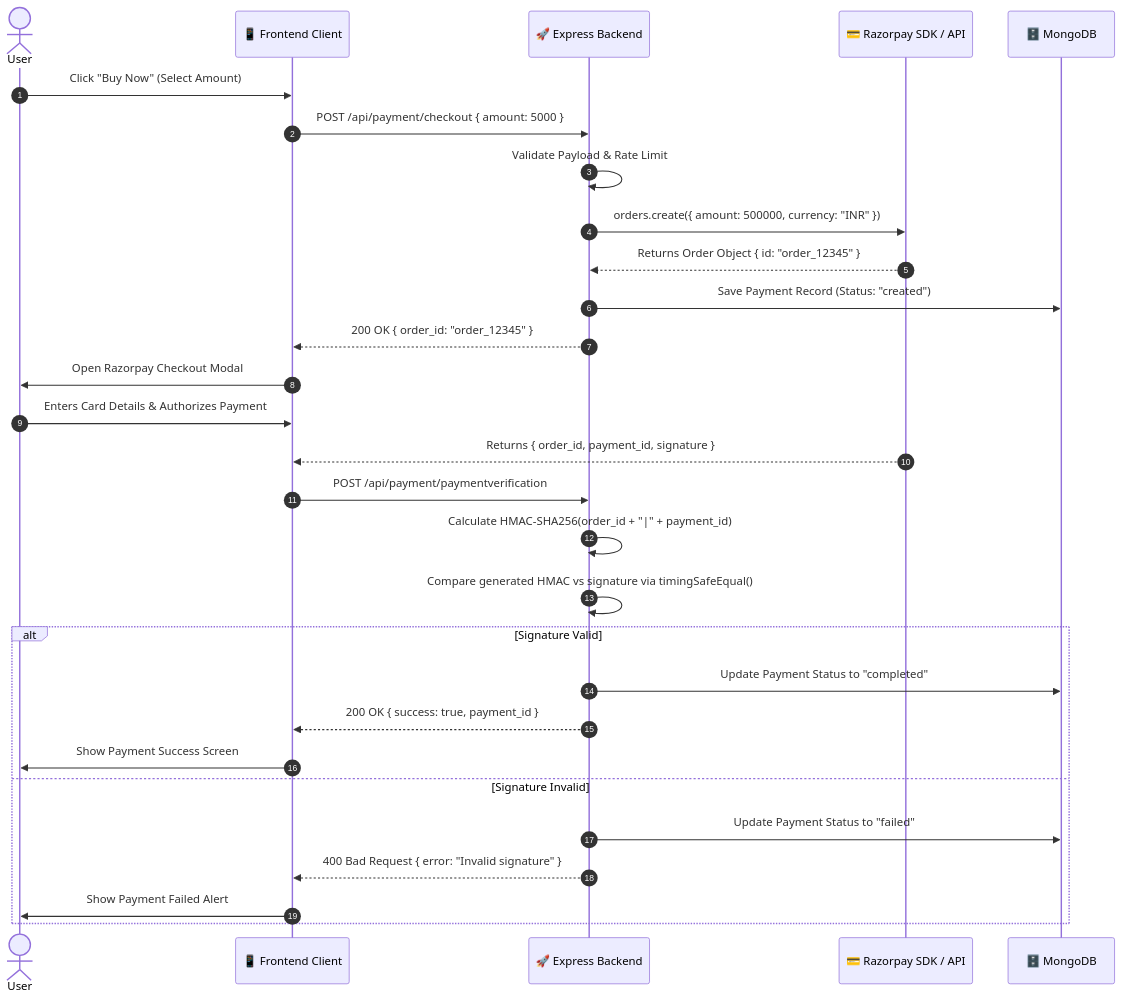
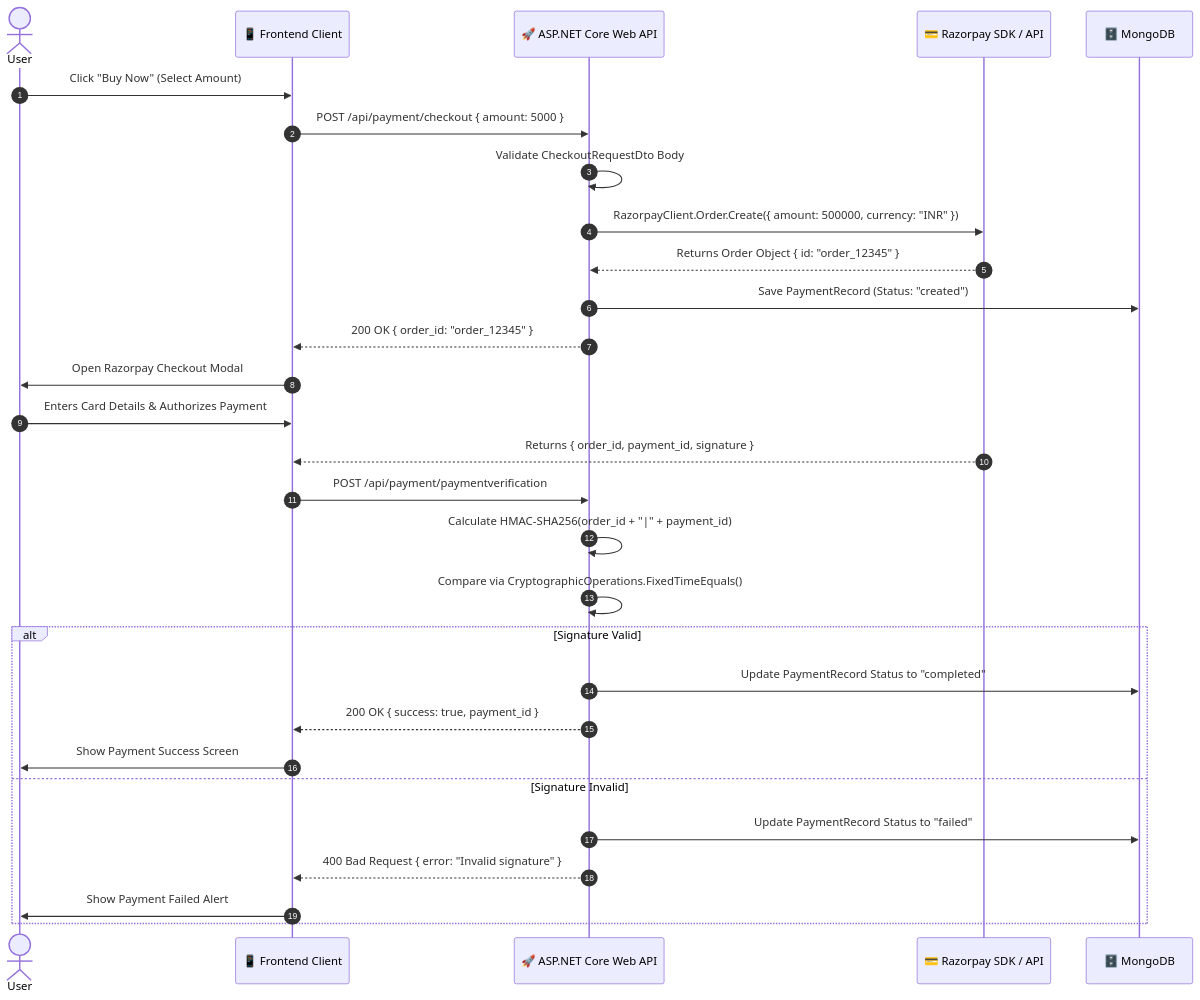
The second of 2 diagrams in README.md (DevSars24/payment-gateway), drawn with Mermaid before and after one commit. The commit also changed other lines of this file and 76 other files, not shown here.

Commit message:
feat(aspnetcore): add enterprise ASP.NET Core 8 Web API clean architecture backend with Razorpay SDK, MongoDB, Swagger and timing-safe crypto

````diff
--- a/README.md
+++ b/README.md
@@ -61,35 +54,35 @@
 ```mermaid
 sequenceDiagram
     autonumber
     actor User
     participant App as 📱 Frontend Client
-    participant API as 🚀 Express Backend
+    participant API as 🚀 ASP.NET Core Web API
     participant RzpSDK as 💳 Razorpay SDK / API
     participant DB as 🗄️ MongoDB
 
     User->>App: Click "Buy Now" (Select Amount)
     App->>API: POST /api/payment/checkout { amount: 5000 }
-    API->>API: Validate Payload & Rate Limit
-    API->>RzpSDK: orders.create({ amount: 500000, currency: "INR" })
+    API->>API: Validate CheckoutRequestDto Body
+    API->>RzpSDK: RazorpayClient.Order.Create({ amount: 500000, currency: "INR" })
     RzpSDK-->>API: Returns Order Object { id: "order_12345" }
-    API->>DB: Save Payment Record (Status: "created")
+    API->>DB: Save PaymentRecord (Status: "created")
     API-->>App: 200 OK { order_id: "order_12345" }
 
     App->>User: Open Razorpay Checkout Modal
     User->>App: Enters Card Details & Authorizes Payment
     RzpSDK-->>App: Returns { order_id, payment_id, signature }
 
     App->>API: POST /api/payment/paymentverification
     API->>API: Calculate HMAC-SHA256(order_id + "|" + payment_id)
-    API->>API: Compare generated HMAC vs signature via timingSafeEqual()
+    API->>API: Compare via CryptographicOperations.FixedTimeEquals()
     
     alt Signature Valid
-        API->>DB: Update Payment Status to "completed"
+        API->>DB: Update PaymentRecord Status to "completed"
         API-->>App: 200 OK { success: true, payment_id }
         App->>User: Show Payment Success Screen
     else Signature Invalid
-        API->>DB: Update Payment Status to "failed"
+        API->>DB: Update PaymentRecord Status to "failed"
         API-->>App: 400 Bad Request { error: "Invalid signature" }
         App->>User: Show Payment Failed Alert
     end
 ```
````
